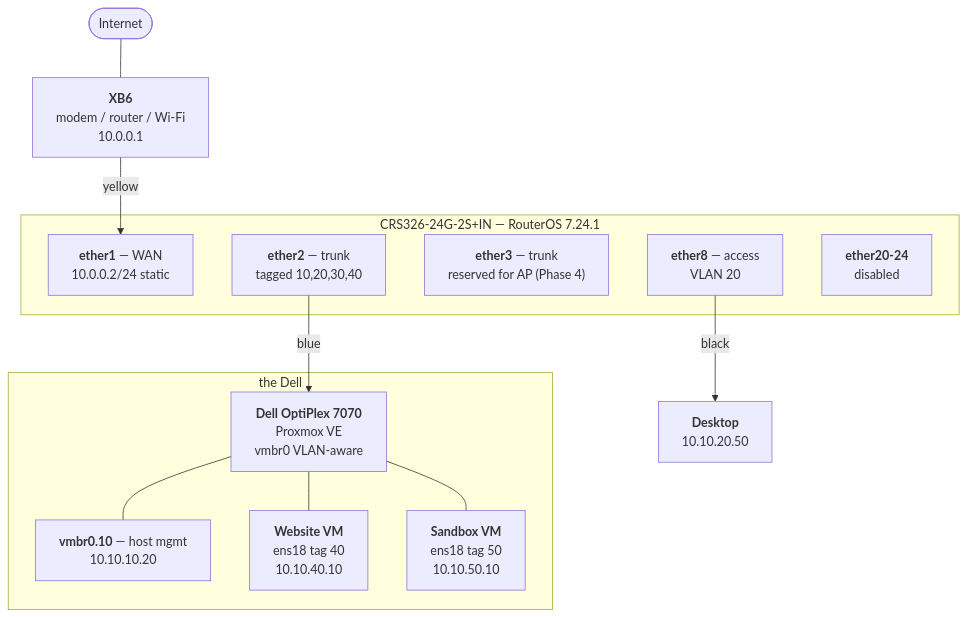
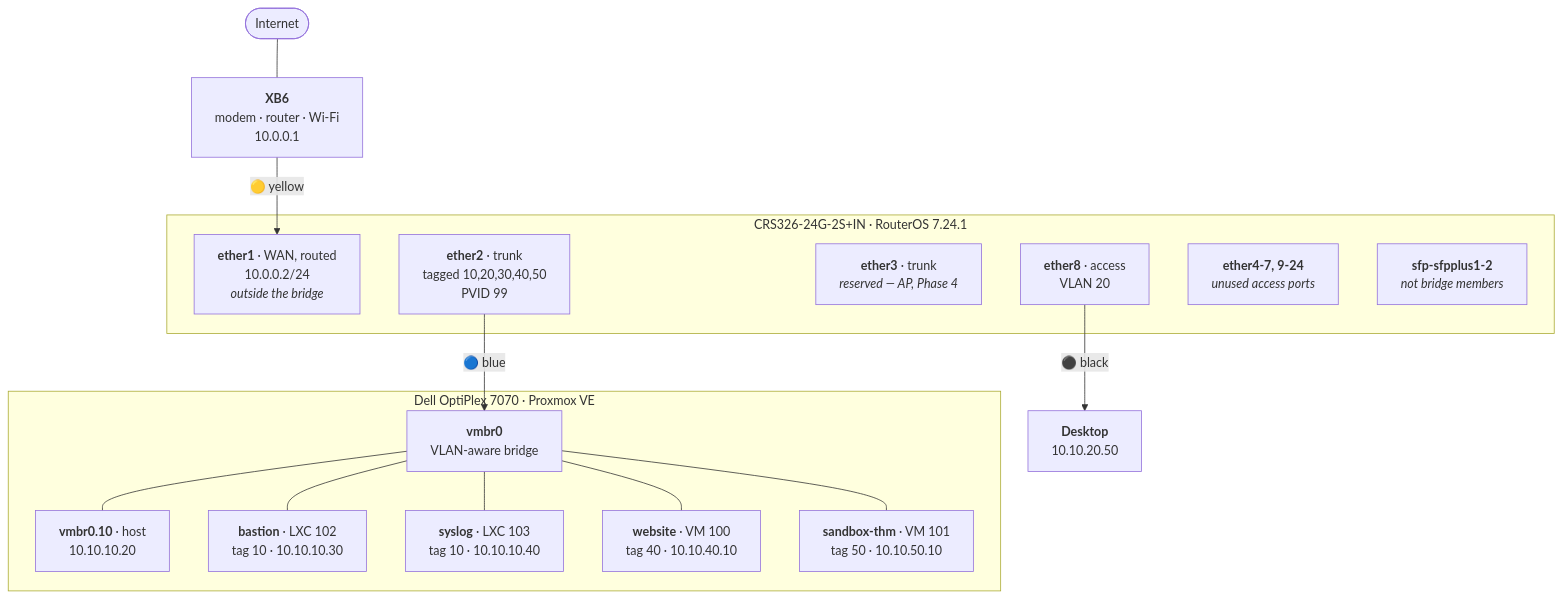
The first of 2 diagrams in network-diagrams.md (dmandevv/soc-python-homelab), drawn with Mermaid before and after one commit. The commit also changed other lines of this file and 2 other files, not shown here.

````diff
--- a/network-diagrams.md
+++ b/network-diagrams.md
@@ -11,35 +13,34 @@
 ```mermaid
 graph TD
     NET([Internet])
-    XB6["<b>XB6</b><br/>modem / router / Wi-Fi<br/>10.0.0.1"]
-    E1["<b>ether1</b> — WAN<br/>10.0.0.2/24 static"]
-    E2["<b>ether2</b> — trunk<br/>tagged 10,20,30,40"]
-    E3["<b>ether3</b> — trunk<br/>reserved for AP (Phase 4)"]
-    E8["<b>ether8</b> — access<br/>VLAN 20"]
-    EU["<b>ether20-24</b><br/>disabled"]
+    XB6["<b>XB6</b><br/>modem · router · Wi-Fi<br/>10.0.0.1"]
     DESK["<b>Desktop</b><br/>10.10.20.50"]
-    DELL["<b>Dell OptiPlex 7070</b><br/>Proxmox VE<br/>vmbr0 VLAN-aware"]
-    HOST["<b>vmbr0.10</b> — host mgmt<br/>10.10.10.20"]
-    VM["<b>Website VM</b><br/>ens18 tag 40<br/>10.10.40.10"]
-    SBX["<b>Sandbox VM</b><br/>ens18 tag 50<br/>10.10.50.10"]
+
+    subgraph SW["CRS326-24G-2S+IN · RouterOS 7.24.1"]
+        E1["<b>ether1</b> · WAN, routed<br/>10.0.0.2/24<br/><i>outside the bridge</i>"]
+        E2["<b>ether2</b> · trunk<br/>tagged 10,20,30,40,50<br/>PVID 99"]
+        E3["<b>ether3</b> · trunk<br/><i>reserved — AP, Phase 4</i>"]
+        E8["<b>ether8</b> · access<br/>VLAN 20"]
+        EUN["<b>ether4-7, 9-24</b><br/><i>unused access ports</i>"]
+        SFP["<b>sfp-sfpplus1-2</b><br/><i>not bridge members</i>"]
+    end
+
+    subgraph D["Dell OptiPlex 7070 · Proxmox VE"]
+        VMBR["<b>vmbr0</b><br/>VLAN-aware bridge"]
+        HOST["<b>vmbr0.10</b> · host<br/>10.10.10.20"]
+        BAS["<b>bastion</b> · LXC 102<br/>tag 10 · 10.10.10.30"]
+        SYS["<b>syslog</b> · LXC 103<br/>tag 10 · 10.10.10.40"]
+        WEB["<b>website</b> · VM 100<br/>tag 40 · 10.10.40.10"]
+        SBX["<b>sandbox-thm</b> · VM 101<br/>tag 50 · 10.10.50.10"]
+    end
 
     NET --- XB6
-    XB6 -->|"yellow"| E1
-
-    subgraph SW["CRS326-24G-2S+IN — RouterOS 7.24.1"]
-        E1
-        E2
-        E3
-        E8
-        EU
-    end
-
-    E2 -->|"blue"| DELL
-    E8 -->|"black"| DESK
-
-    subgraph D["the Dell"]
-        DELL --- HOST
-        DELL --- VM
-        DELL --- SBX
-    end
+    XB6 -->|"🟡 yellow"| E1
+    E2 -->|"🔵 blue"| VMBR
+    E8 -->|"⚫ black"| DESK
+    VMBR --- HOST
+    VMBR --- BAS
+    VMBR --- SYS
+    VMBR --- WEB
+    VMBR --- SBX
 ```
````
